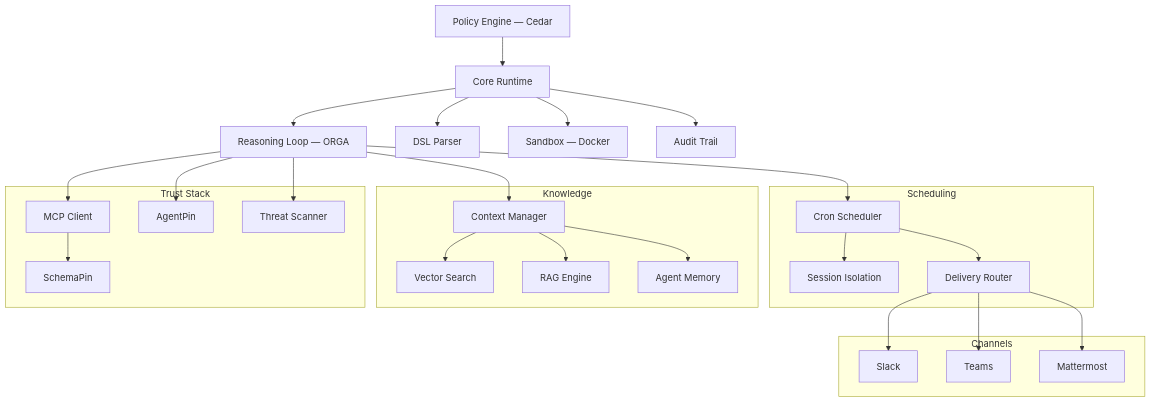
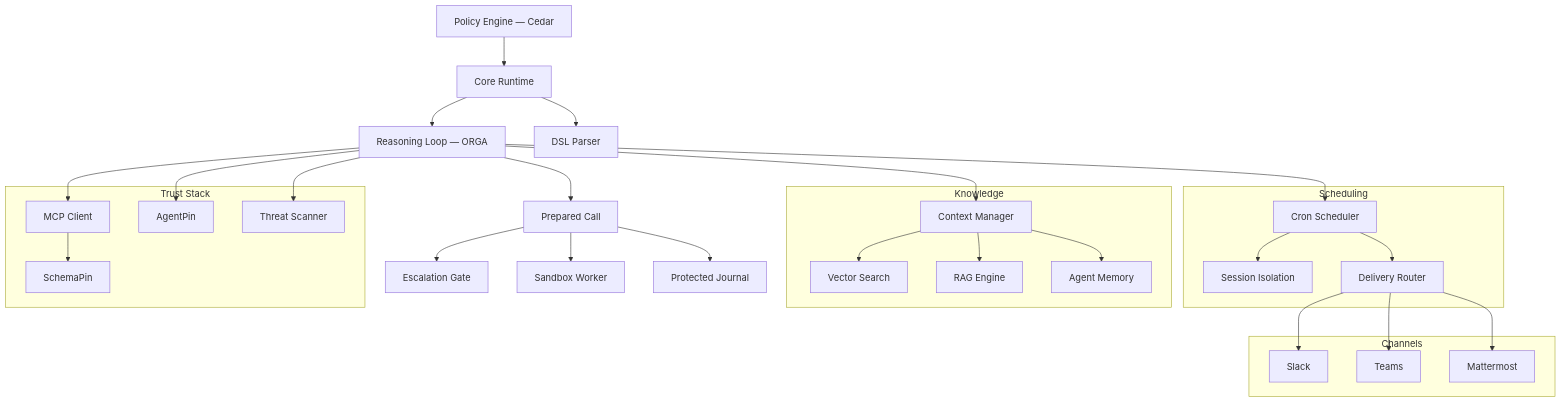
One commit to ThirdKeyAI/Symbiont changed the diagram in docs/index.md. Above: the diagram before and after it, drawn with Mermaid. The commit also changed other lines of this file and 370 other files, not shown here.

````diff
--- a/docs/index.md
+++ b/docs/index.md
@@ -121,49 +198,51 @@
 ```mermaid
 graph TB
     A[Policy Engine — Cedar] --> B[Core Runtime]
     B --> C[Reasoning Loop — ORGA]
     B --> D[DSL Parser]
-    B --> E[Sandbox — Docker]
-    B --> I[Audit Trail]
+    C --> P[Prepared Call]
+    P --> G[Escalation Gate]
+    P --> E[Sandbox Worker]
+    P --> I[Protected Journal]
 
     subgraph "Scheduling"
         S[Cron Scheduler]
         H[Session Isolation]
         R[Delivery Router]
     end
 
     subgraph "Channels"
         SL[Slack]
         TM[Teams]
         MM[Mattermost]
     end
 
     subgraph "Knowledge"
         J[Context Manager]
         K[Vector Search]
         L[RAG Engine]
         MD[Agent Memory]
     end
 
     subgraph "Trust Stack"
         M[MCP Client]
         N[SchemaPin]
         O[AgentPin]
         SK[Threat Scanner]
     end
 
     C --> S
     S --> H
     S --> R
     R --> SL
     R --> TM
     R --> MM
     C --> J
     C --> M
     J --> K
     J --> L
     J --> MD
     M --> N
     C --> O
     C --> SK
 ```
````
